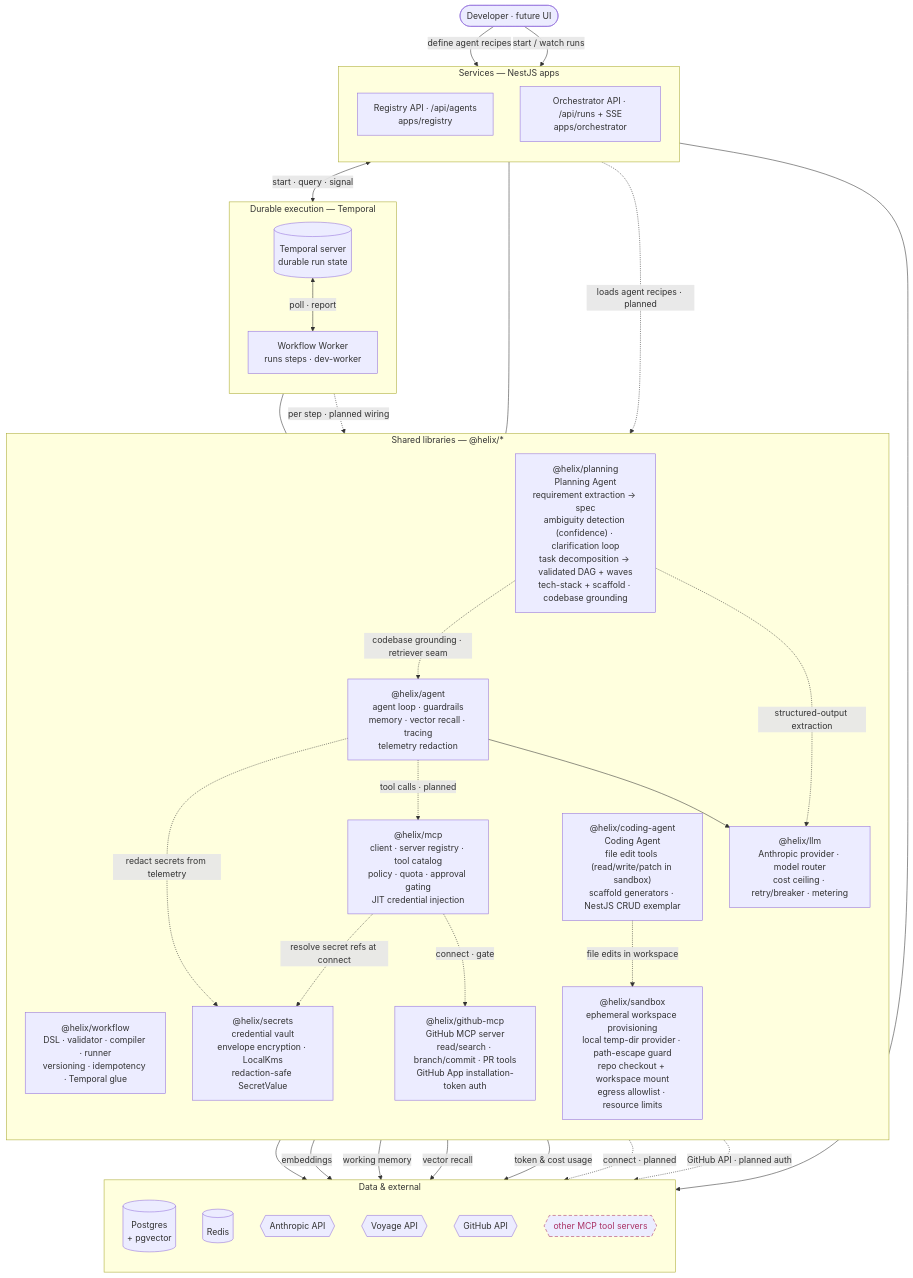
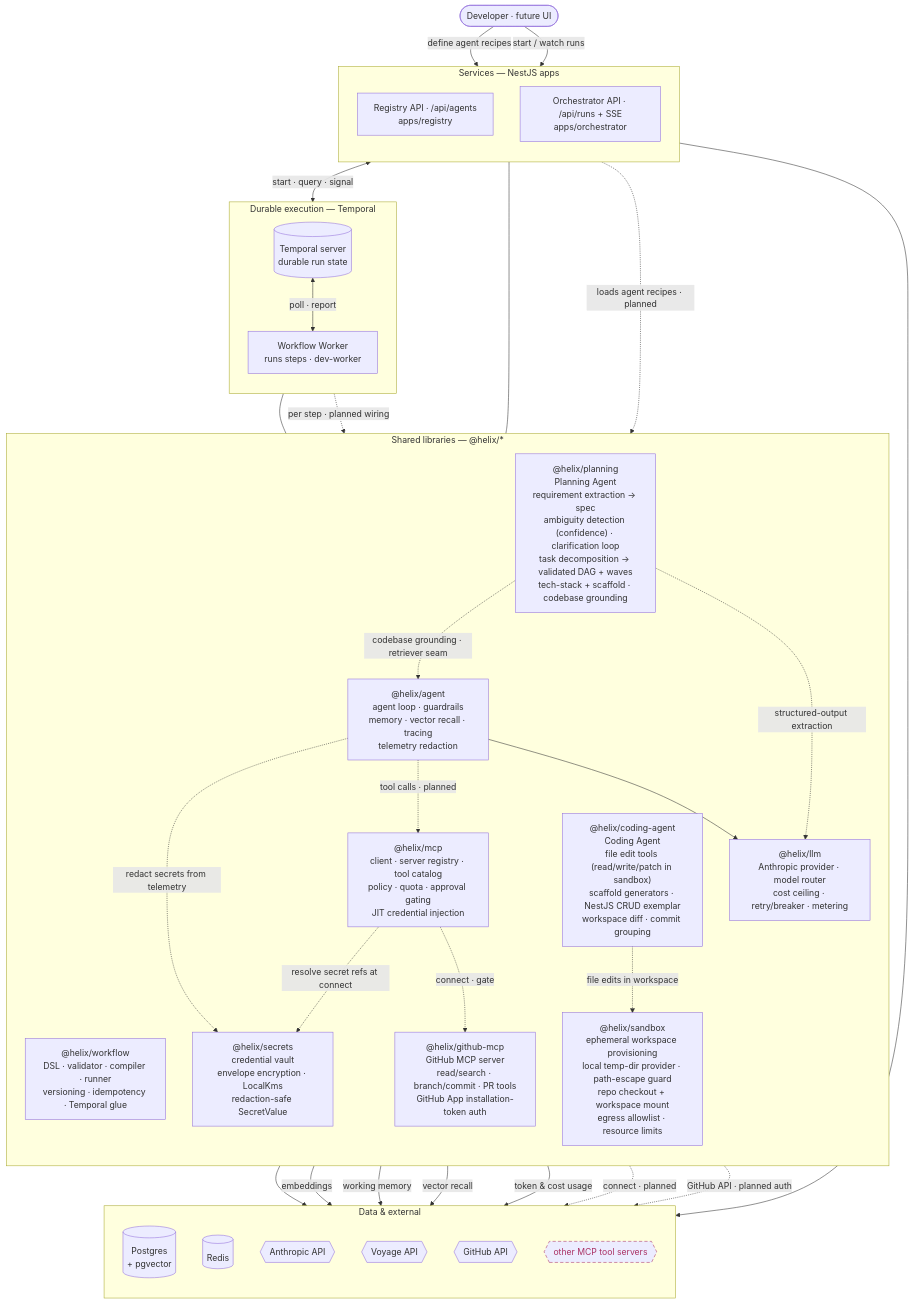
The first of 2 diagrams in docs/ARCHITECTURE.md (shhashhank/helix), drawn with Mermaid before and after one commit. The commit also changed 6 other files, not shown here.

First line of the commit message:
HELIX-105: diff generation + commit grouping (#67)

````diff
--- a/docs/ARCHITECTURE.md
+++ b/docs/ARCHITECTURE.md
@@ -16,67 +16,67 @@
 ```mermaid
 flowchart TB
   user([Developer · future UI])
 
   subgraph svc["Services — NestJS apps"]
     direction TB
     reg["Registry API · /api/agents<br/>apps/registry"]
     orc["Orchestrator API · /api/runs + SSE<br/>apps/orchestrator"]
   end
 
   subgraph dur["Durable execution — Temporal"]
     direction TB
     tmp[("Temporal server<br/>durable run state")]
     wkr["Workflow Worker<br/>runs steps · dev-worker"]
   end
 
   subgraph lib["Shared libraries — @helix/*"]
     direction TB
     wf["@helix/workflow<br/>DSL · validator · compiler · runner<br/>versioning · idempotency · Temporal glue"]
     ag["@helix/agent<br/>agent loop · guardrails<br/>memory · vector recall · tracing<br/>telemetry redaction"]
     lm["@helix/llm<br/>Anthropic provider · model router<br/>cost ceiling · retry/breaker · metering"]
     mc["@helix/mcp<br/>client · server registry · tool catalog<br/>policy · quota · approval gating<br/>JIT credential injection"]
     gh["@helix/github-mcp<br/>GitHub MCP server<br/>read/search · branch/commit · PR tools<br/>GitHub App installation-token auth"]
     sec["@helix/secrets<br/>credential vault<br/>envelope encryption · LocalKms<br/>redaction-safe SecretValue"]
     pl["@helix/planning<br/>Planning Agent<br/>requirement extraction → spec<br/>ambiguity detection (confidence) · clarification loop<br/>task decomposition → validated DAG + waves<br/>tech-stack + scaffold · codebase grounding"]
     sbx["@helix/sandbox<br/>ephemeral workspace provisioning<br/>local temp-dir provider · path-escape guard<br/>repo checkout + workspace mount<br/>egress allowlist · resource limits"]
-    cag["@helix/coding-agent<br/>Coding Agent<br/>file edit tools (read/write/patch in sandbox)<br/>scaffold generators · NestJS CRUD exemplar"]
+    cag["@helix/coding-agent<br/>Coding Agent<br/>file edit tools (read/write/patch in sandbox)<br/>scaffold generators · NestJS CRUD exemplar<br/>workspace diff · commit grouping"]
   end
 
   subgraph dat["Data & external"]
     direction TB
     pg[("Postgres<br/>+ pgvector")]
     rd[("Redis")]
     an{{Anthropic API}}
     vo{{Voyage API}}
     gha{{GitHub API}}
     ext{{other MCP tool servers}}
   end
 
   user -->|define agent recipes| reg
   user -->|start / watch runs| orc
   reg --> pg
   orc <-->|start · query · signal| tmp
   tmp <-->|poll · report| wkr
   wkr --- wf
   orc --- wf
   wkr -.->|per step · planned wiring| ag
   reg -.->|loads agent recipes · planned| ag
   ag --> lm
   ag -.->|tool calls · planned| mc
   lm --> an
   ag -->|embeddings| vo
   ag -->|working memory| rd
   ag -->|vector recall| pg
   lm -->|token & cost usage| pg
   mc -.->|connect · gate| gh
   mc -.->|connect · planned| ext
   mc -.->|resolve secret refs at connect| sec
   ag -.->|redact secrets from telemetry| sec
   pl -.->|structured-output extraction| lm
   pl -.->|codebase grounding · retriever seam| ag
   cag -.->|file edits in workspace| sbx
   gh -.->|GitHub API · planned auth| gha
 
   classDef planned stroke-dasharray:6 4,stroke:#a36,color:#a36;
   class ext planned;
 ```
````
